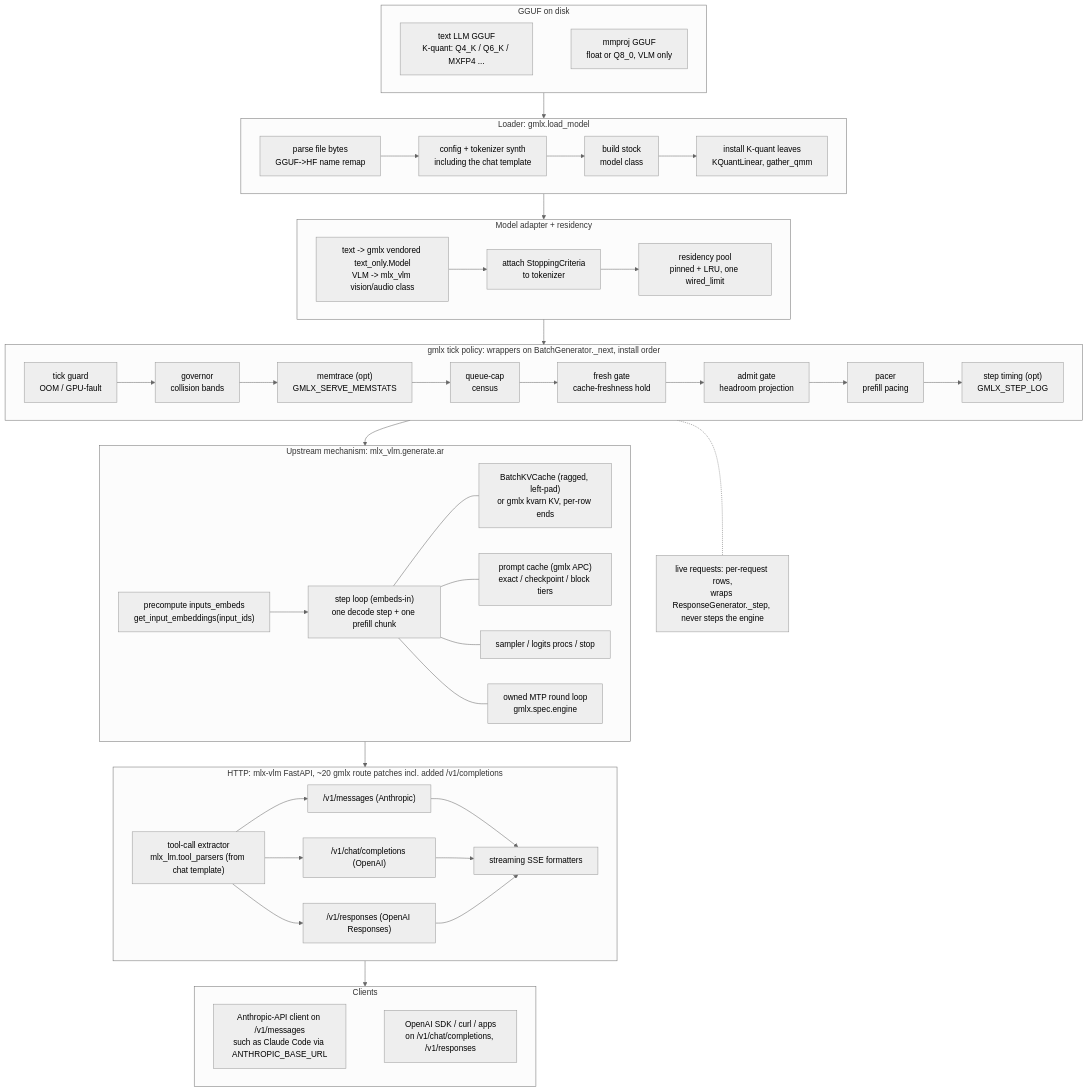
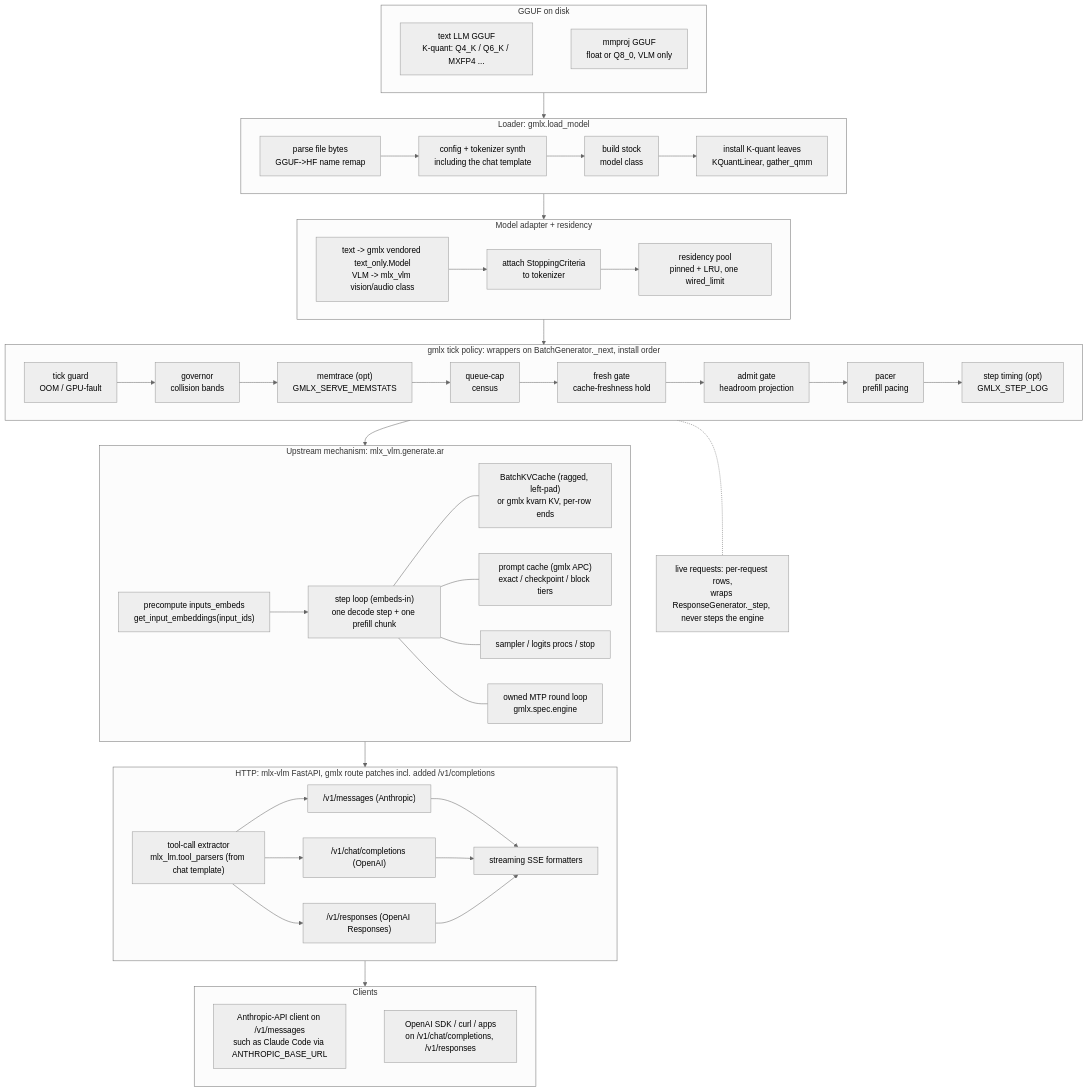
The first of 2 diagrams in docs/internals/serving-architecture.md (asher/gmlx), drawn with Mermaid (neutral theme) before and after one commit. The commit also changed other lines of this file and 43 other files, not shown here.

````diff
--- a/docs/internals/serving-architecture.md
+++ b/docs/internals/serving-architecture.md
@@ -22,77 +24,77 @@
 ```mermaid
 flowchart TD
     subgraph DISK["GGUF on disk"]
         direction LR
         LLM["text LLM GGUF<br/>K-quant: Q4_K / Q6_K / MXFP4 ..."]
         MM["mmproj GGUF<br/>float or Q8_0, VLM only"]
         LLM ~~~ MM
     end
 
     subgraph LOAD["Loader: gmlx.load_model"]
         direction LR
         PARSE["parse file bytes<br/>GGUF->HF name remap"]
         SYNTH["config + tokenizer synth<br/>including the chat template"]
         BUILD["build stock<br/>model class"]
         KQ["install K-quant leaves<br/>KQuantLinear, gather_qmm"]
         PARSE --> SYNTH --> BUILD --> KQ
     end
 
     subgraph ADAPT["Model adapter + residency"]
         direction LR
         WRAP["text -> gmlx vendored text_only.Model<br/>VLM -> mlx_vlm vision/audio class"]
         STOP["attach StoppingCriteria<br/>to tokenizer"]
         REG["residency pool<br/>pinned + LRU, one wired_limit"]
         WRAP --> STOP --> REG
     end
 
     subgraph TICK["gmlx tick policy: wrappers on BatchGenerator._next, install order"]
         direction LR
         TG["tick guard<br/>OOM / GPU-fault"]
         GOV["governor<br/>collision bands"]
         MT["memtrace (opt)<br/>GMLX_SERVE_MEMSTATS"]
         QCC["queue-cap<br/>census"]
         FG["fresh gate<br/>cache-freshness hold"]
         AG["admit gate<br/>headroom projection"]
         PACE["pacer<br/>prefill pacing"]
         ST["step timing (opt)<br/>GMLX_STEP_LOG"]
         TG --> GOV --> MT --> QCC --> FG --> AG --> PACE --> ST
     end
 
     subgraph ENGINE["Upstream mechanism: mlx_vlm.generate.ar"]
         direction LR
         EMB["precompute inputs_embeds<br/>get_input_embeddings(input_ids)"]
         BG["step loop (embeds-in)<br/>one decode step + one prefill chunk"]
         KVC["BatchKVCache (ragged, left-pad)<br/>or gmlx kvarn KV, per-row ends"]
         APC["prompt cache (gmlx APC)<br/>exact / checkpoint / block tiers"]
         SAMP["sampler / logits procs / stop"]
         MTP["owned MTP round loop<br/>gmlx.spec.engine"]
         EMB --> BG
         BG --- KVC
         BG --- APC
         BG --- SAMP
         BG --- MTP
     end
 
-    subgraph PROTO["HTTP: mlx-vlm FastAPI, ~20 gmlx route patches incl. added /v1/completions"]
+    subgraph PROTO["HTTP: mlx-vlm FastAPI, gmlx route patches incl. added /v1/completions"]
         direction LR
         TOOLS["tool-call extractor<br/>mlx_lm.tool_parsers (from chat template)"]
         ANTH["/v1/messages (Anthropic)"]
         OAI["/v1/chat/completions (OpenAI)"]
         RESP["/v1/responses (OpenAI Responses)"]
         SSE["streaming SSE formatters"]
         TOOLS --> ANTH & OAI & RESP
         ANTH & OAI & RESP --> SSE
     end
 
     subgraph CLIENTS["Clients"]
         direction LR
         CC["Anthropic-API client on /v1/messages<br/>such as Claude Code via ANTHROPIC_BASE_URL"]
         SDK["OpenAI SDK / curl / apps<br/>on /v1/chat/completions, /v1/responses"]
         CC ~~~ SDK
     end
 
     LR["live requests: per-request rows,<br/>wraps ResponseGenerator._step, never steps the engine"]
 
     DISK --> LOAD --> ADAPT --> TICK --> ENGINE --> PROTO --> CLIENTS
     TICK -.- LR
 ```
````
